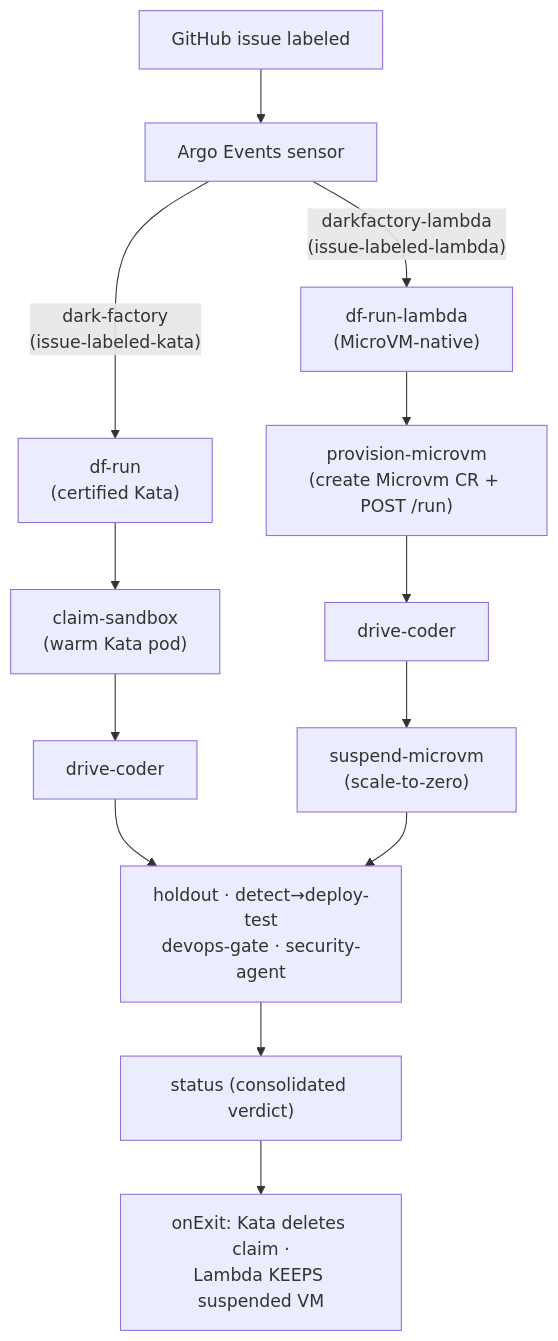
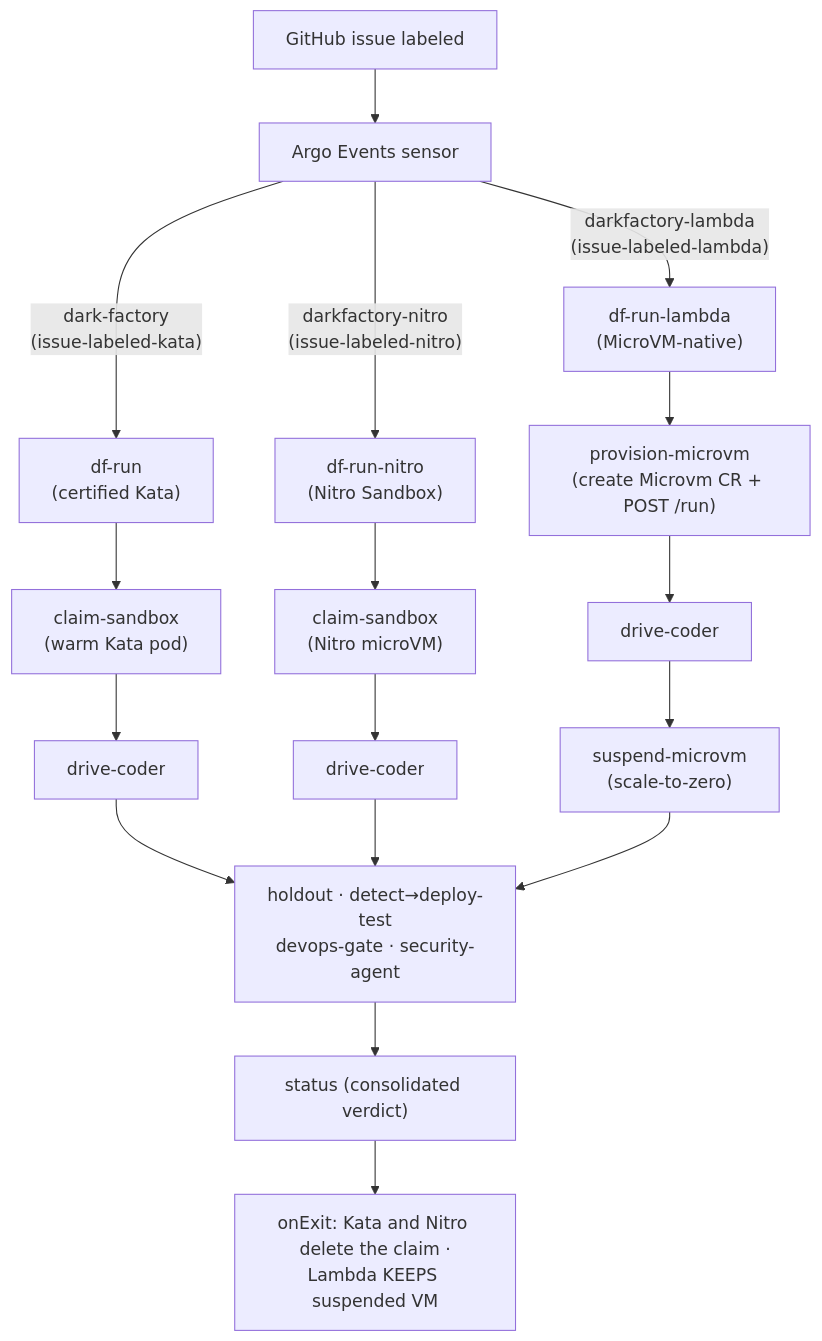
The first of 6 diagrams in docs/DIAGRAMS.md (elamaran11/agent-sandbox-blueprints), drawn with Mermaid before and after one commit. The commit also changed other lines of this file and 70 other files, not shown here.

First line of the commit message:
feat(nitro-sandbox): add the Nitro Sandbox substrate and a Dark Factory example on it

````diff
--- a/docs/DIAGRAMS.md
+++ b/docs/DIAGRAMS.md
@@ -13,13 +13,16 @@
 ```mermaid
 flowchart TD
     ISSUE["GitHub issue labeled"] --> SENSOR["Argo Events sensor"]
     SENSOR -->|"dark-factory<br/>(issue-labeled-kata)"| DFRUN["df-run<br/>(certified Kata)"]
     SENSOR -->|"darkfactory-lambda<br/>(issue-labeled-lambda)"| DFRUNL["df-run-lambda<br/>(MicroVM-native)"]
+    SENSOR -->|"darkfactory-nitro<br/>(issue-labeled-nitro)"| DFRUNN["df-run-nitro<br/>(Nitro Sandbox)"]
     DFRUN --> KCLAIM["claim-sandbox<br/>(warm Kata pod)"] --> KCODE["drive-coder"]
+    DFRUNN --> NCLAIM["claim-sandbox<br/>(Nitro microVM)"] --> NCODE["drive-coder"]
     DFRUNL --> PROV["provision-microvm<br/>(create Microvm CR + POST /run)"] --> LCODE["drive-coder"]
     LCODE --> SUSP["suspend-microvm<br/>(scale-to-zero)"]
     KCODE --> GATES["holdout · detect→deploy-test<br/>devops-gate · security-agent"]
+    NCODE --> GATES
     SUSP --> GATES
     GATES --> STATUS["status (consolidated verdict)"]
-    STATUS --> EXIT["onExit: Kata deletes claim ·<br/>Lambda KEEPS suspended VM"]
+    STATUS --> EXIT["onExit: Kata and Nitro delete the claim ·<br/>Lambda KEEPS suspended VM"]
 ```
````
